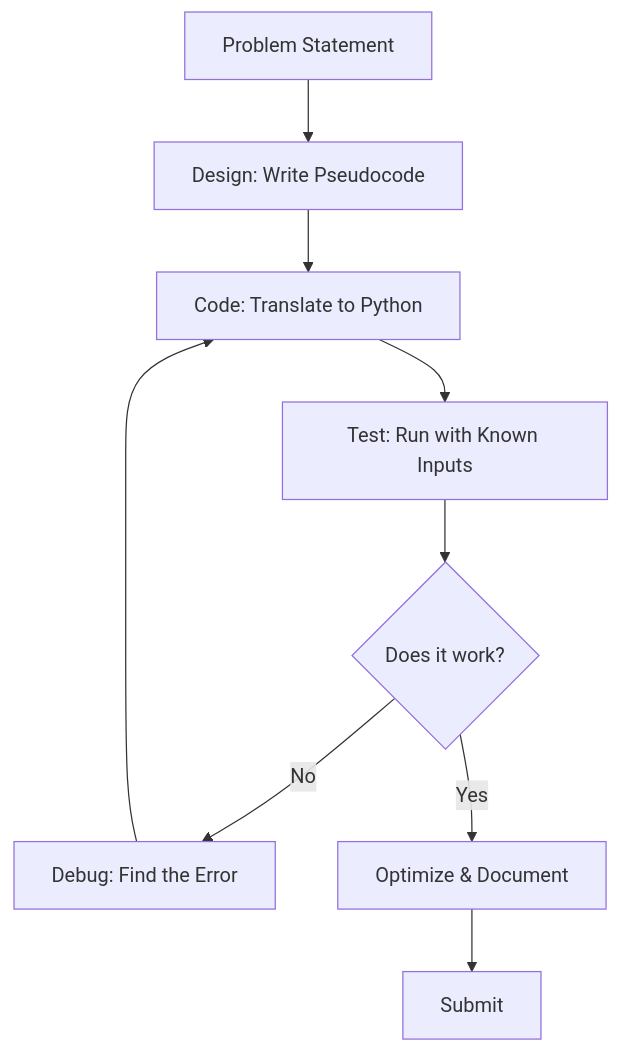
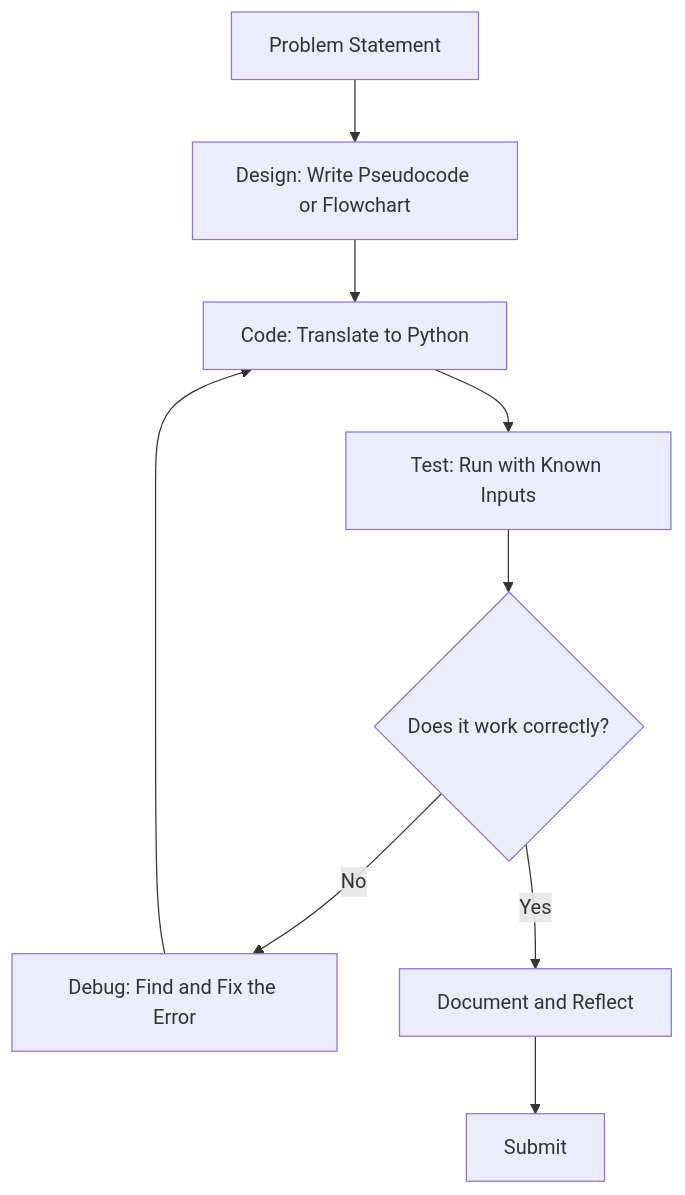
The diagram in docs/12DGT/01_programming/1_programming_fundamentals.md (bblackie/digital-futures), drawn with Mermaid before and after one commit. The commit also changed other lines of this file and 12 other files, not shown here.

````diff
--- a/docs/12DGT/01_programming/1_programming_fundamentals.md
+++ b/docs/12DGT/01_programming/1_programming_fundamentals.md
@@ -243,11 +117,11 @@
 ```mermaid
 graph TD
-    A[Problem Statement] --> B[Design: Write Pseudocode]
+    A[Problem Statement] --> B[Design: Write Pseudocode or Flowchart]
     B --> C[Code: Translate to Python]
     C --> D[Test: Run with Known Inputs]
-    D --> E{Does it work?}
-    E -->|No| F[Debug: Find the Error]
+    D --> E{Does it work correctly?}
+    E -->|No| F[Debug: Find and Fix the Error]
     F --> C
-    E -->|Yes| G[Optimize & Document]
+    E -->|Yes| G[Document and Reflect]
     G --> H[Submit]
 ```
````
